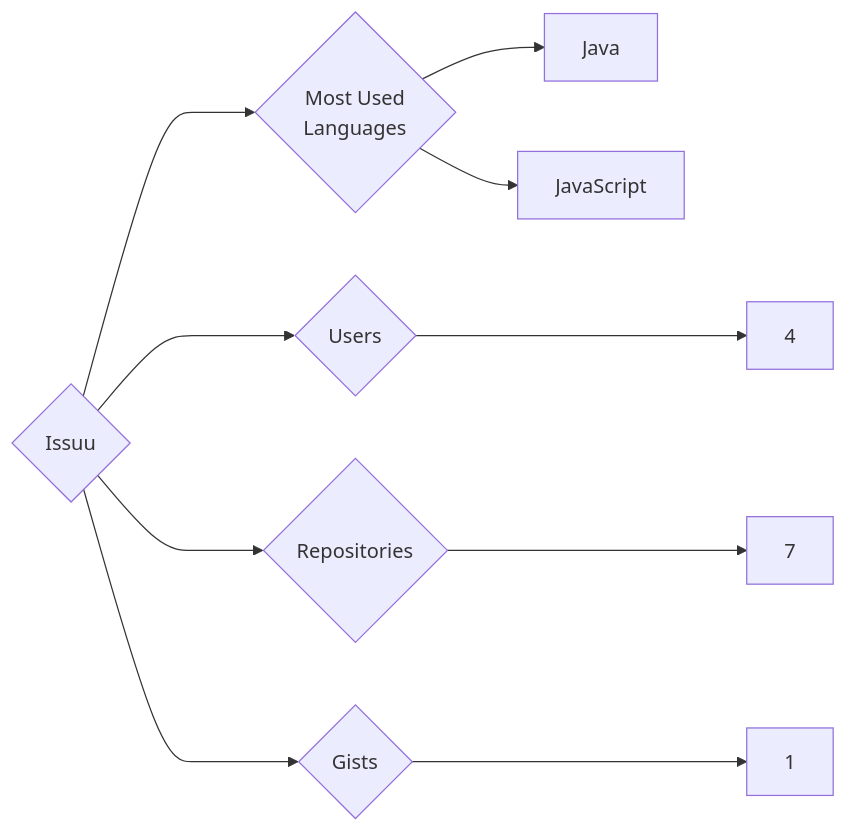
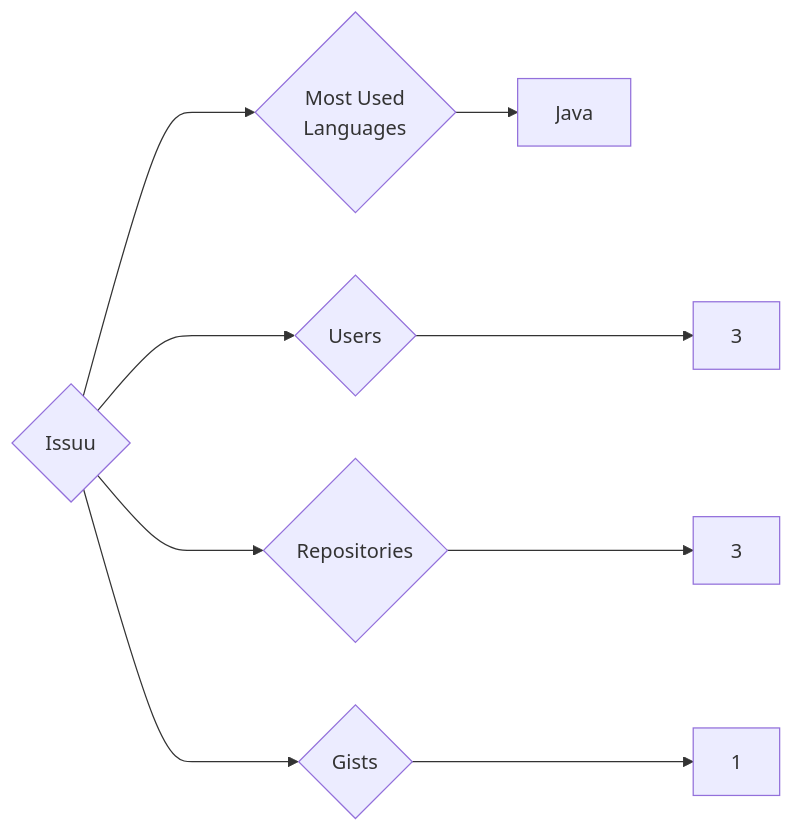
The diagram in targets/Issuu/README.md (trickest/insiders), drawn with Mermaid before and after one commit. The commit also changed 1092 other files, not shown here.

````diff
--- a/targets/Issuu/README.md
+++ b/targets/Issuu/README.md
@@ -3,10 +3,9 @@
 ```mermaid
 graph LR
 COMPANY_NAME{Issuu}
-COMPANY_NAME ---> U{Users} ---> UN[4]
-COMPANY_NAME ---> R{Repositories} ---> RN[7]
+COMPANY_NAME ---> U{Users} ---> UN[3]
+COMPANY_NAME ---> R{Repositories} ---> RN[3]
 COMPANY_NAME ---> G{Gists} ---> GN[1]
 COMPANY_NAME ---> ML{Most Used<br>Languages}
 ML --> Java[Java]
-ML --> JavaScript[JavaScript]
 ```
````
